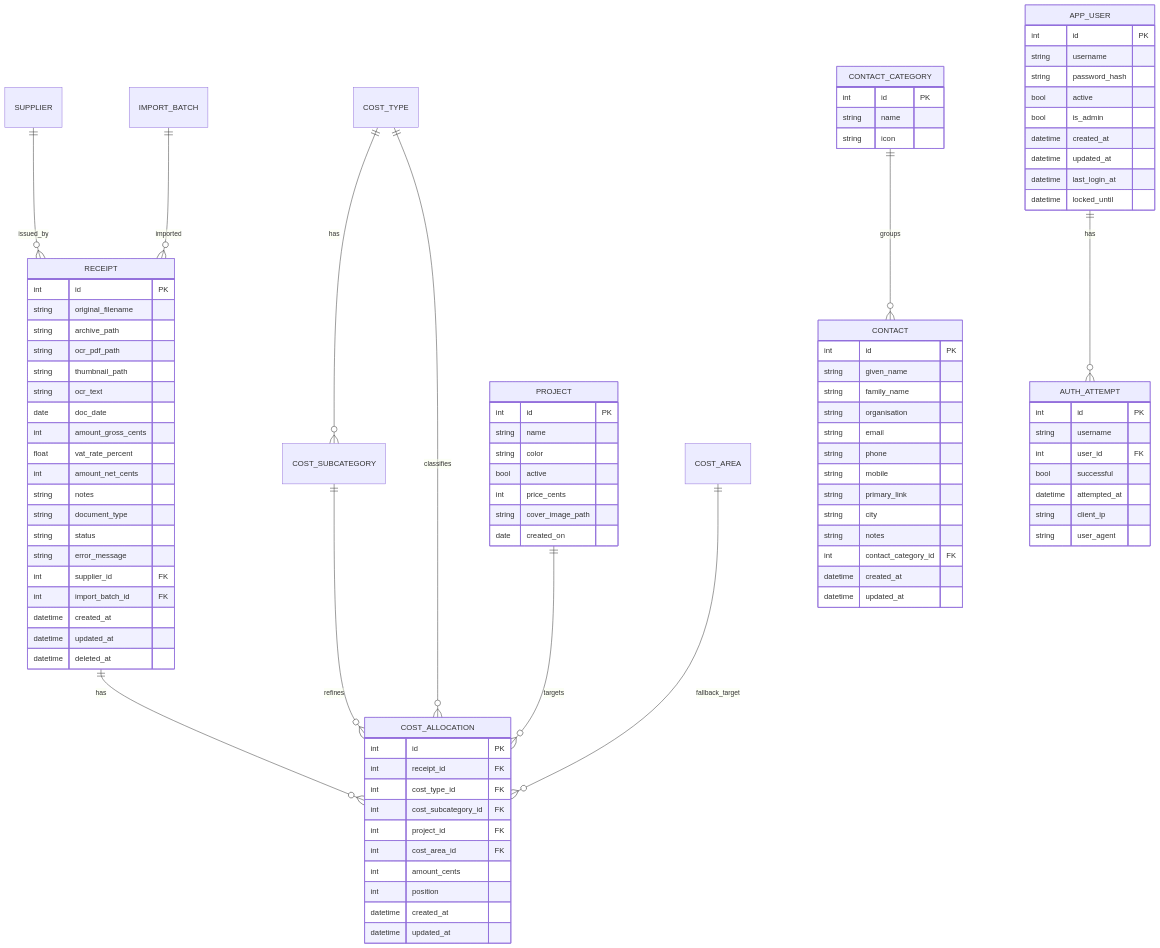
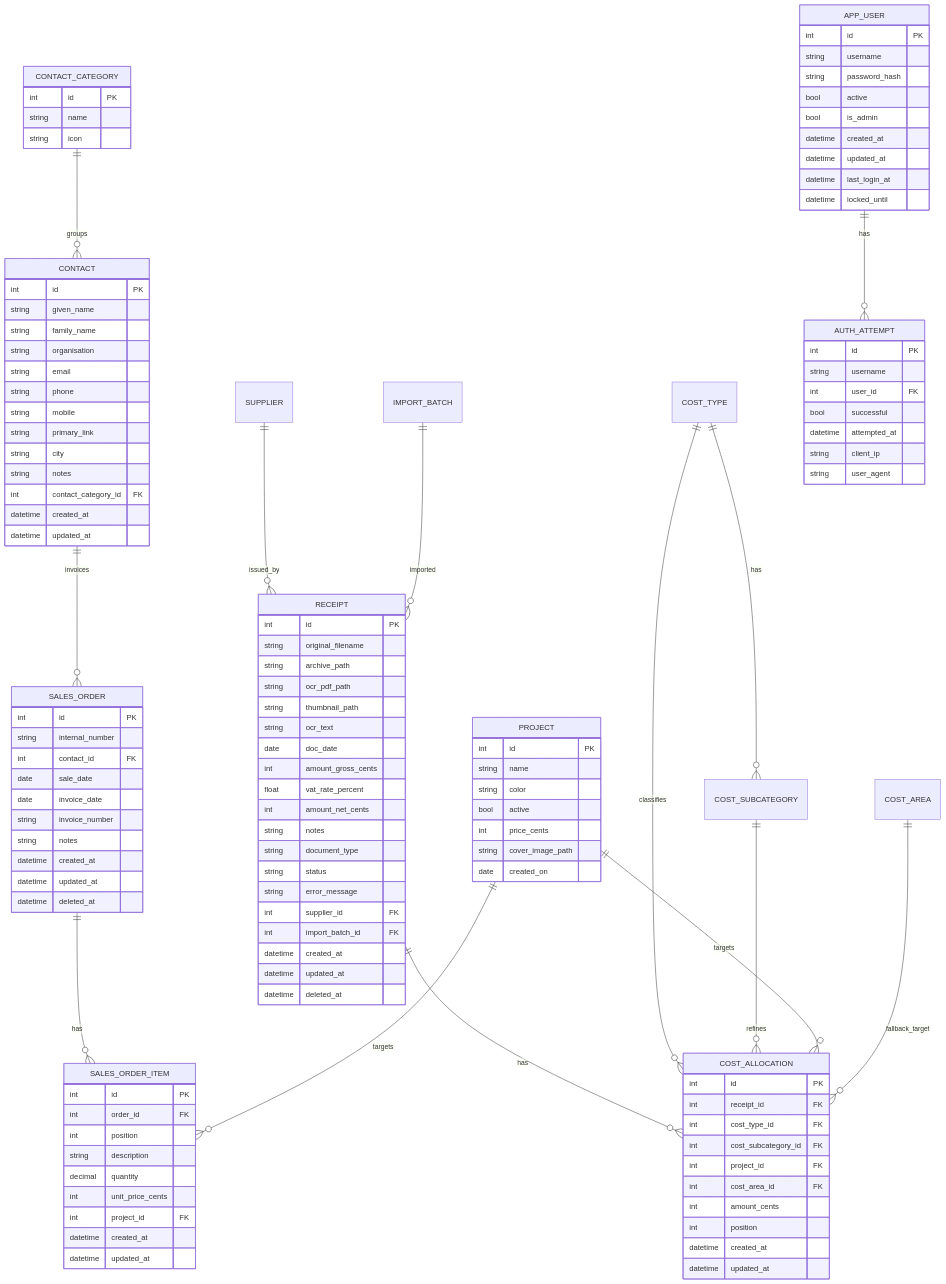
The diagram in docs/developer/database.md (hjenkel/atelierbuddy), drawn with Mermaid before and after one commit. The commit also changed other lines of this file and 17 other files, not shown here.

````diff
--- a/docs/developer/database.md
+++ b/docs/developer/database.md
@@ -24,6 +25,9 @@
     COST_TYPE ||--o{ COST_ALLOCATION : classifies
     COST_SUBCATEGORY ||--o{ COST_ALLOCATION : refines
     PROJECT ||--o{ COST_ALLOCATION : targets
+    CONTACT ||--o{ SALES_ORDER : invoices
+    SALES_ORDER ||--o{ SALES_ORDER_ITEM : has
+    PROJECT ||--o{ SALES_ORDER_ITEM : targets
     COST_AREA ||--o{ COST_ALLOCATION : fallback_target
     SUPPLIER ||--o{ RECEIPT : issued_by
     IMPORT_BATCH ||--o{ RECEIPT : imported
@@ -117,4 +121,29 @@
       datetime created_at
       datetime updated_at
     }
+
+    SALES_ORDER {
+      int id PK
+      string internal_number
+      int contact_id FK
+      date sale_date
+      date invoice_date
+      string invoice_number
+      string notes
+      datetime created_at
+      datetime updated_at
+      datetime deleted_at
+    }
+
+    SALES_ORDER_ITEM {
+      int id PK
+      int order_id FK
+      int position
+      string description
+      decimal quantity
+      int unit_price_cents
+      int project_id FK
+      datetime created_at
+      datetime updated_at
+    }
 ```
````
